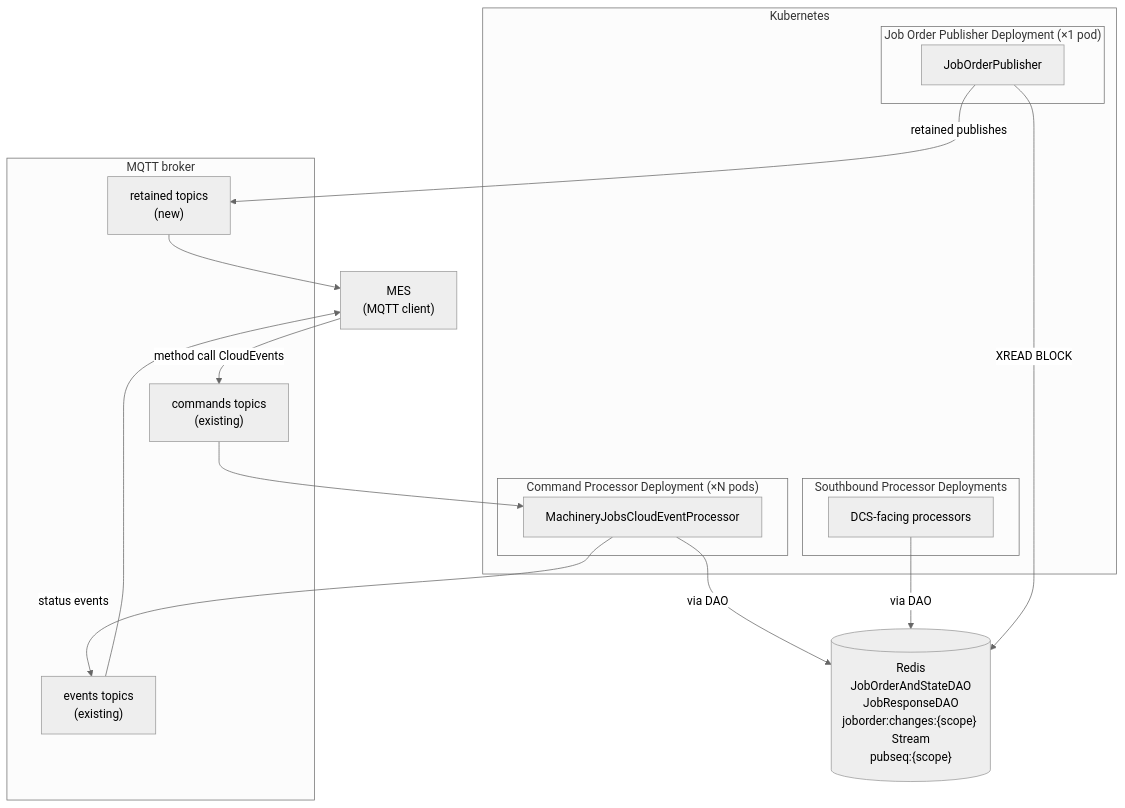
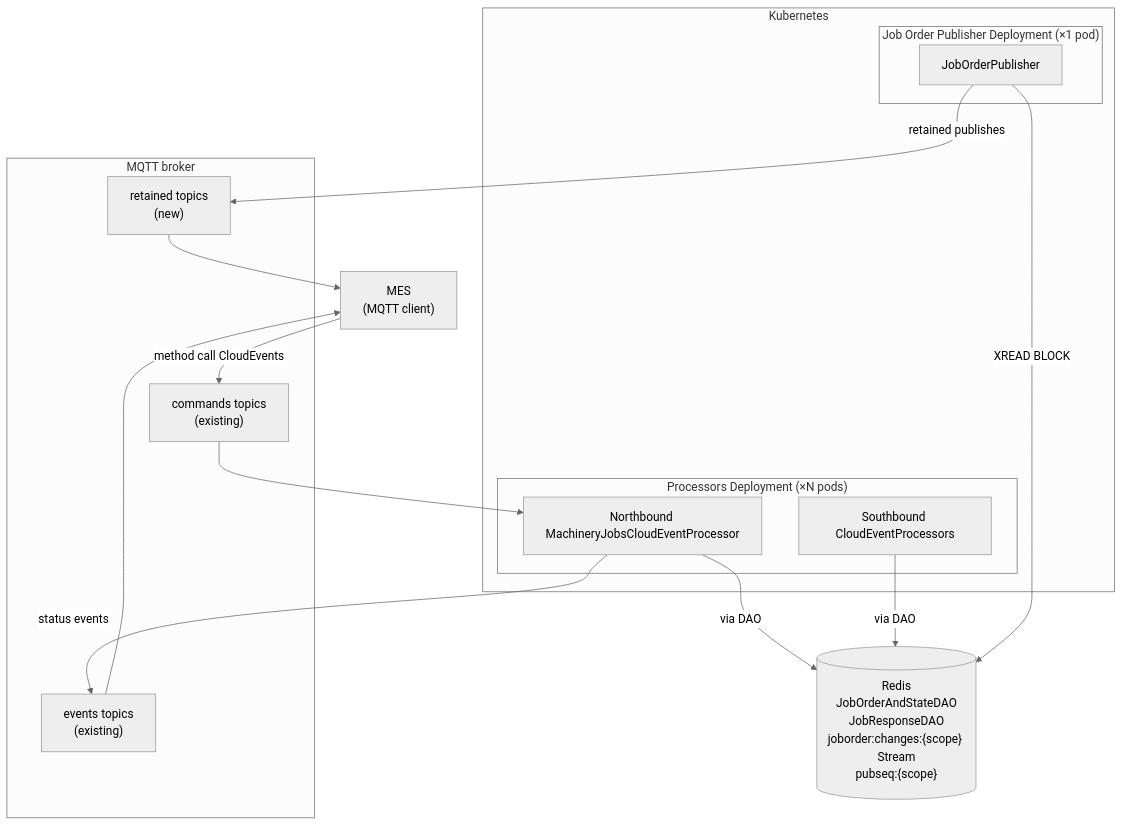
The first of 2 diagrams in docs/machinery-jobs-mes-publishing.md (aschamberger/microdcs), drawn with Mermaid (neutral theme) before and after one commit.

Commit message:
docs: fix job order publisher diagram

````diff
--- a/docs/machinery-jobs-mes-publishing.md
+++ b/docs/machinery-jobs-mes-publishing.md
@@ -42,34 +42,32 @@
 ```mermaid
 flowchart TB
   MES["MES\n(MQTT client)"]
 
   subgraph Broker["MQTT broker"]
     cmd["commands topics\n(existing)"]
     retained["retained topics\n(new)"]
     events["events topics\n(existing)"]
   end
 
   subgraph K8s["Kubernetes"]
-    subgraph NB["Command Processor Deployment (×N pods)"]
-      proc["MachineryJobsCloudEventProcessor"]
-    end
-    subgraph SB["Southbound Processor Deployments"]
-      south["DCS-facing processors"]
+    subgraph NB["Processors Deployment (×N pods)"]
+      proc["Northbound MachineryJobsCloudEventProcessor"]
+      south["Southbound CloudEventProcessors"]
     end
     subgraph Publisher["Job Order Publisher Deployment (×1 pod)"]
       pub["JobOrderPublisher"]
     end
   end
 
   Redis[("Redis\nJobOrderAndStateDAO\nJobResponseDAO\njoborder:changes:{scope} Stream\npubseq:{scope}")]
 
   MES -- "method call CloudEvents" --> cmd
   cmd --> proc
   proc -- "status events" --> events
   events --> MES
   proc -- "via DAO" --> Redis
   south -- "via DAO" --> Redis
   pub -- "XREAD BLOCK" --> Redis
   pub -- "retained publishes" --> retained
   retained --> MES
 ```
````
